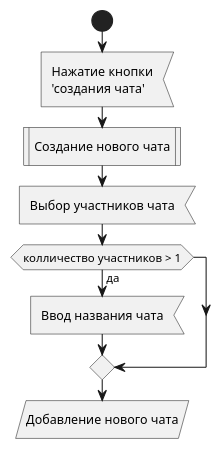
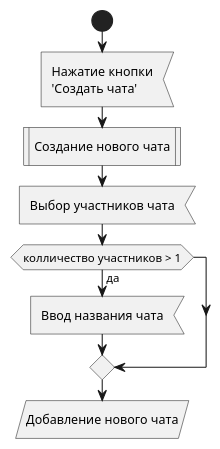
The diagram in uml/activity/user/creating_chats.puml (SilentSt/FastTasks), drawn with PlantUML before and after one commit. The commit also changed 26 other files, not shown here.

```diff
--- a/uml/activity/user/creating_chats.puml
+++ b/uml/activity/user/creating_chats.puml
@@ -1,14 +1,14 @@
 @startuml creatingChats
 'https://plantuml.com/activity-diagram-beta
 start
-    :Нажатие кнопки\n'создания чата'<
+    :Нажатие кнопки\n'Создать чата'<
     :Создание нового чата|
 
     :Выбор участников чата<
     if(колличество участников > 1)is (да) then
         :Ввод названия чата<
 
         else
     endif
     :Добавление нового чата/
 @enduml
```
